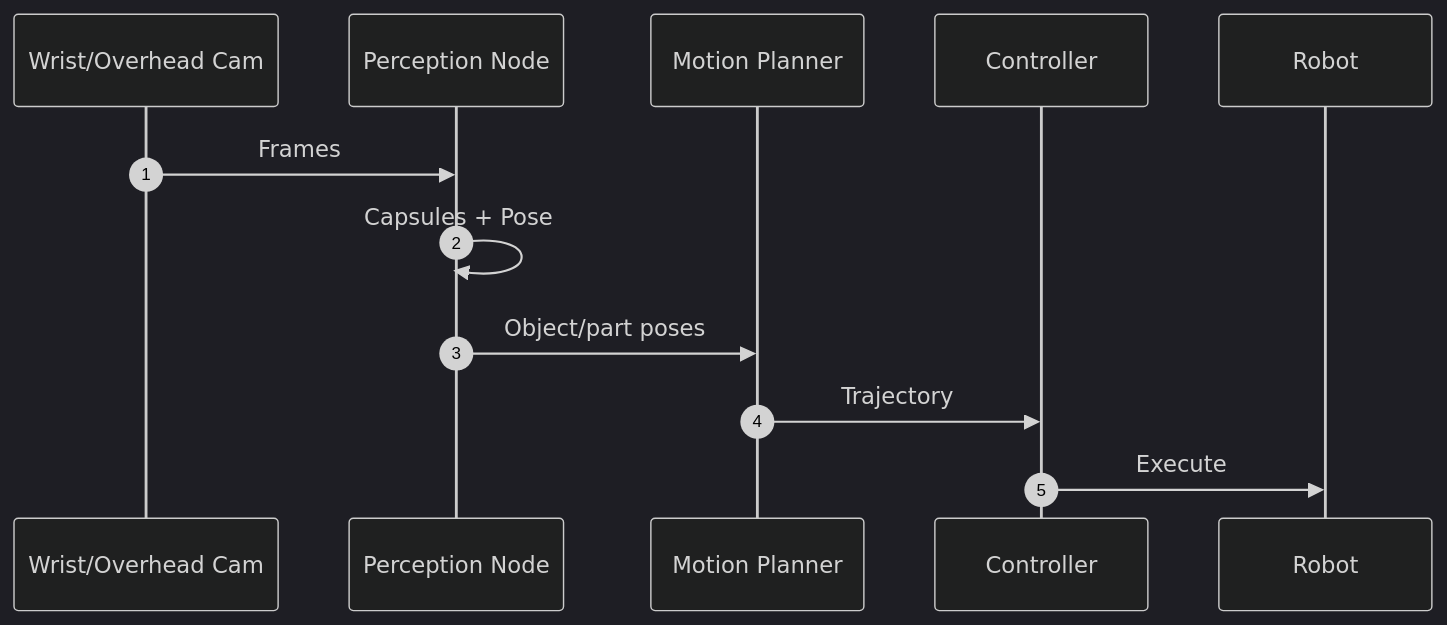
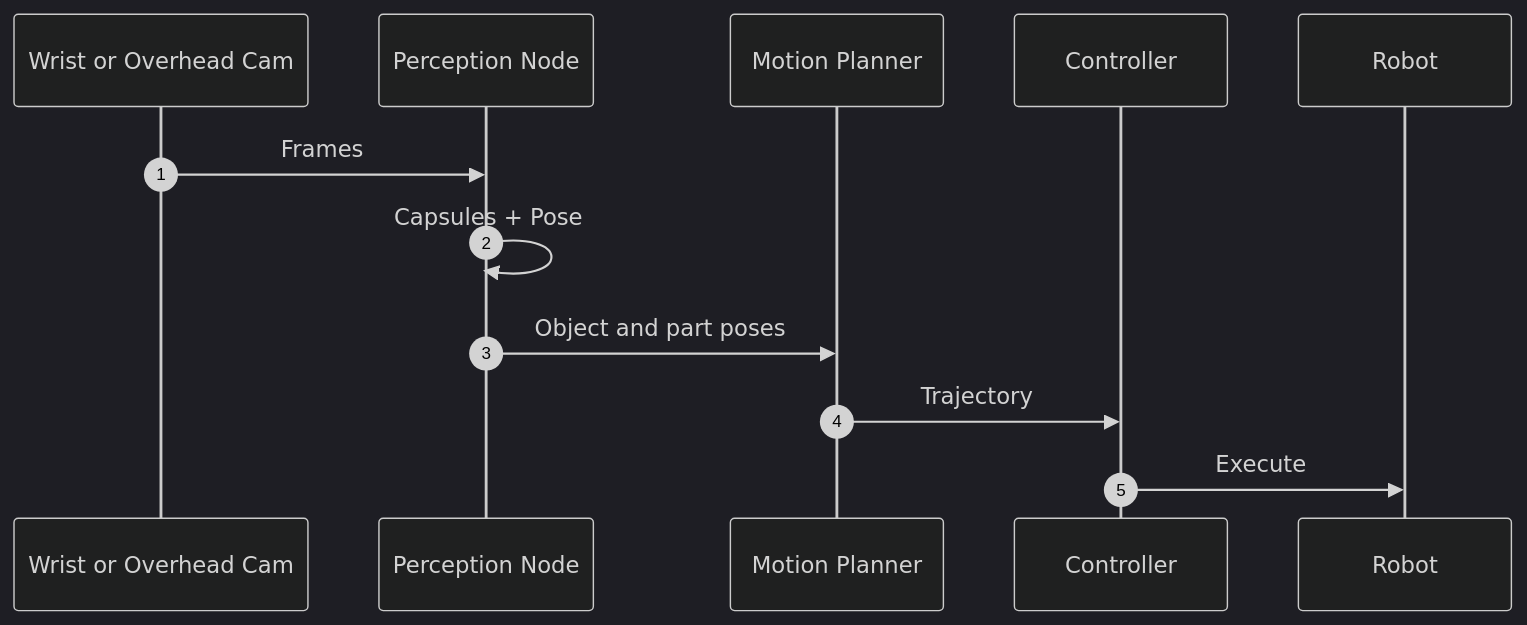
Before and after one commit to aurelius-in/RoboCaps: the first of 6 diagrams in architecture/system_B_RobotManipulation/architecture_diagrams.md, drawn with Mermaid. The commit also changed other lines of this file and 3 other files, not shown here.

Commit message:
fix(mermaid): make diagrams GitHub-compatible (labels, theme, font)

````diff
--- a/architecture/system_B_RobotManipulation/architecture_diagrams.md
+++ b/architecture/system_B_RobotManipulation/architecture_diagrams.md
@@ -4,14 +4,14 @@
 ```mermaid
-%%{init: { 'theme': 'dark', 'themeVariables': { 'background':'#000', 'primaryTextColor':'#FFF', 'textColor':'#FFF', 'fontSize':'16px' }}}%%
+%%{init: { 'theme': 'dark', 'themeVariables': { 'background':'#000000', 'primaryTextColor':'#FFFFFF', 'fontSize':'16px' }}}%%
 sequenceDiagram
     autonumber
-    participant Cam as Wrist/Overhead Cam
+    participant Cam as Wrist or Overhead Cam
     participant Per as Perception Node
     participant Plan as Motion Planner
     participant Ctrl as Controller
     Cam->>Per: Frames
     Per->>Per: Capsules + Pose
-    Per->>Plan: Object/part poses
+    Per->>Plan: Object and part poses
     Plan->>Ctrl: Trajectory
     Ctrl->>Robot: Execute
 ```
````
